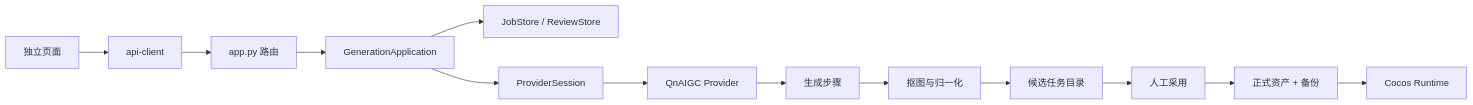
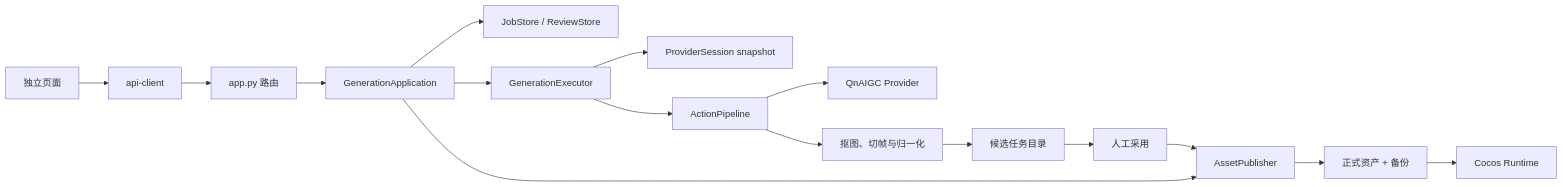
Before and after one commit to huyanxius/windup-asset-lab: the diagram in docs/ARCHITECTURE.md, drawn with Mermaid. The commit also changed other lines of this file and 5 other files, not shown here.

````diff
--- a/docs/ARCHITECTURE.md
+++ b/docs/ARCHITECTURE.md
@@ -77,15 +81,18 @@
 ```mermaid
 flowchart LR
   UI["独立页面"] --> API["api-client"]
   API --> HTTP["app.py 路由"]
   HTTP --> App["GenerationApplication"]
   App --> Store["JobStore / ReviewStore"]
-  App --> Session["ProviderSession"]
-  Session --> Provider["QnAIGC Provider"]
-  Provider --> Generate["生成步骤"]
-  Generate --> Process["抠图与归一化"]
+  App --> Executor["GenerationExecutor"]
+  App --> Publisher["AssetPublisher"]
+  Executor --> Session["ProviderSession snapshot"]
+  Executor --> Pipeline["ActionPipeline"]
+  Pipeline --> Provider["QnAIGC Provider"]
+  Pipeline --> Process["抠图、切帧与归一化"]
   Process --> Candidate["候选任务目录"]
   Candidate --> Review["人工采用"]
-  Review --> Assets["正式资产 + 备份"]
+  Review --> Publisher
+  Publisher --> Assets["正式资产 + 备份"]
   Assets --> Cocos["Cocos Runtime"]
 ```
````
